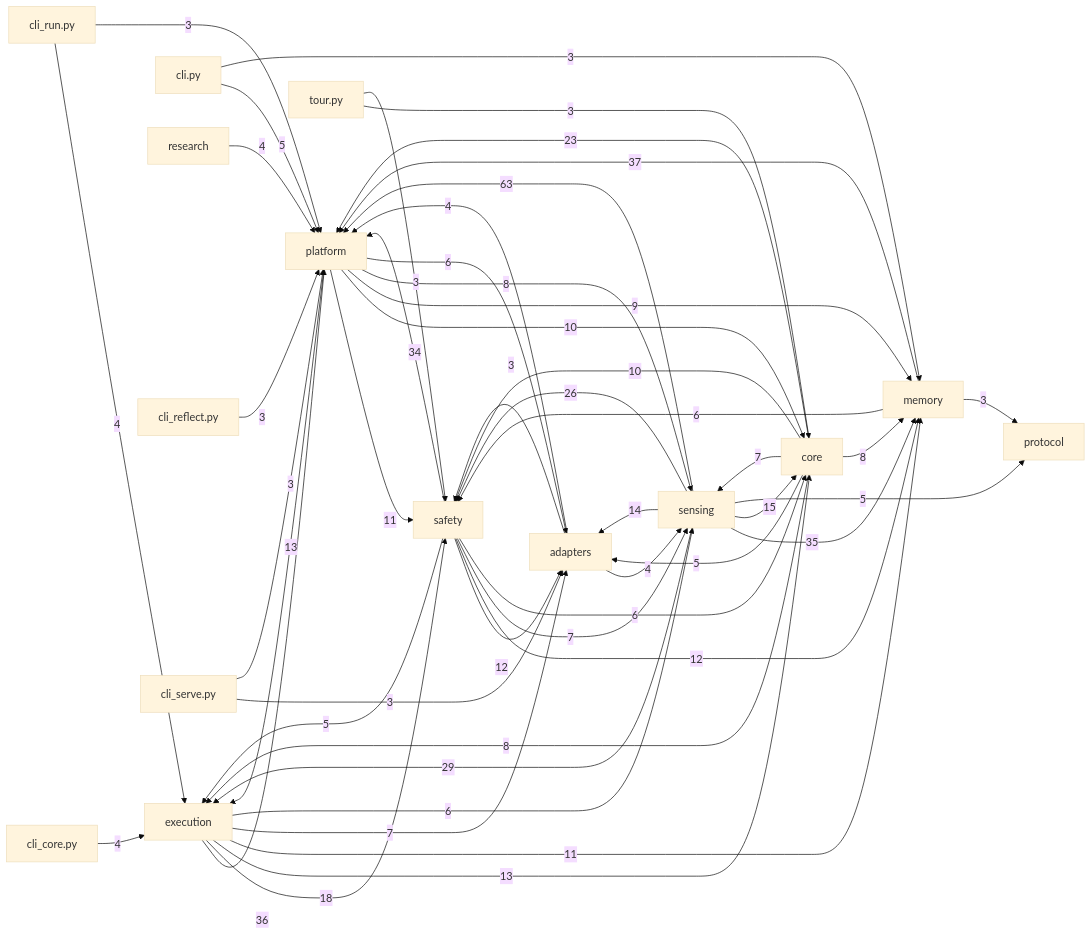
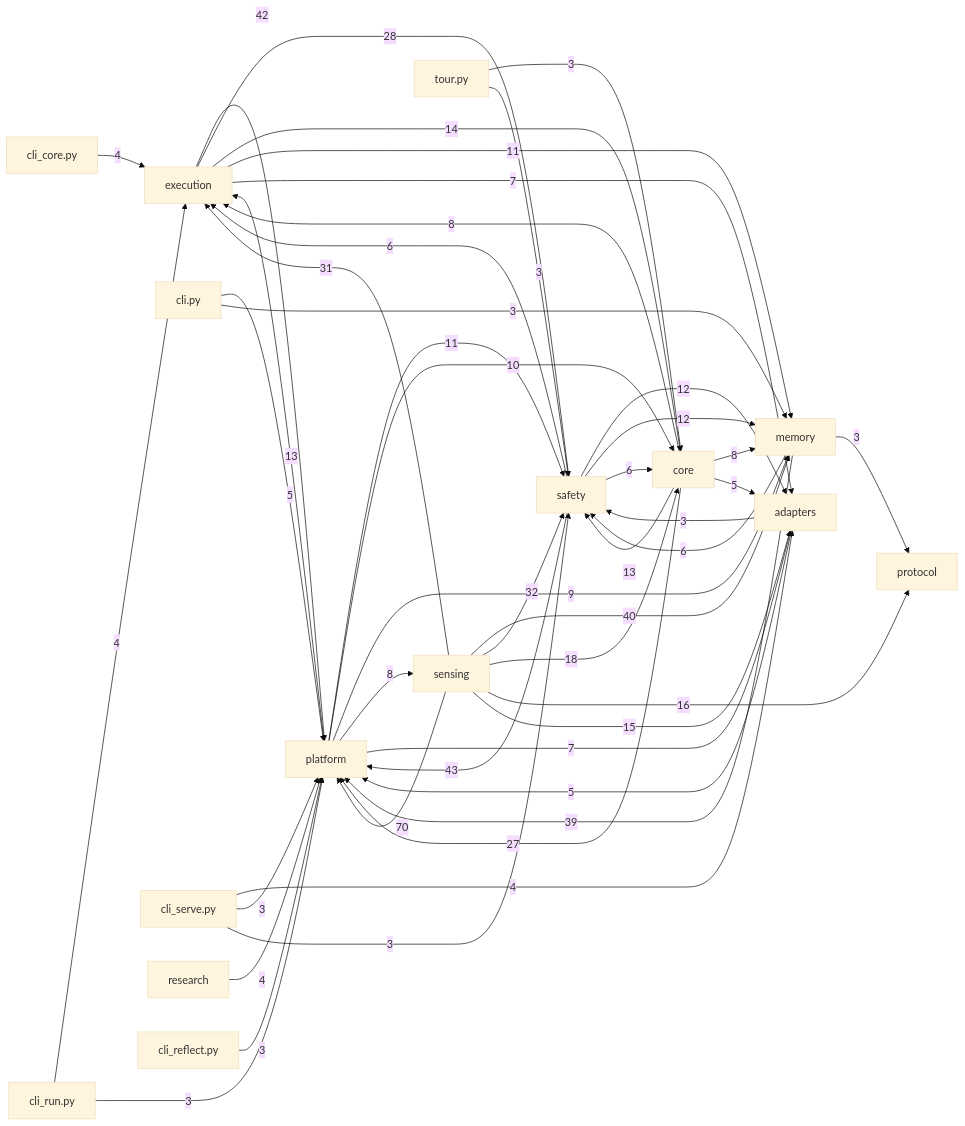
The diagram in docs/auto/20-backend/index.md (dengdenghua/octopus-agent), drawn with Mermaid (base theme) before and after one commit. The commit also changed 949 other files, not shown here.

````diff
--- a/docs/auto/20-backend/index.md
+++ b/docs/auto/20-backend/index.md
@@ -19,58 +19,55 @@
 ```mermaid
 graph LR
   execution[execution]
   core[core]
   safety[safety]
   memory[memory]
   sensing[sensing]
   adapters[adapters]
   platform[platform]
-  sensing -- 63 --> platform
-  memory -- 37 --> platform
-  execution -- 36 --> platform
-  sensing -- 35 --> memory
-  safety -- 34 --> platform
-  sensing -- 29 --> execution
-  sensing -- 26 --> safety
-  core -- 23 --> platform
-  execution -- 18 --> safety
-  sensing -- 15 --> core
-  sensing -- 14 --> adapters
-  execution -- 13 --> core
+  sensing -- 70 --> platform
+  safety -- 43 --> platform
+  execution -- 42 --> platform
+  sensing -- 40 --> memory
+  memory -- 39 --> platform
+  sensing -- 32 --> safety
+  sensing -- 31 --> execution
+  execution -- 28 --> safety
+  core -- 27 --> platform
+  sensing -- 18 --> core
+  sensing -- 16 --> protocol
+  sensing -- 15 --> adapters
+  execution -- 14 --> core
+  core -- 13 --> safety
   platform -- 13 --> execution
   safety -- 12 --> adapters
   safety -- 12 --> memory
   execution -- 11 --> memory
   platform -- 11 --> safety
-  core -- 10 --> safety
   platform -- 10 --> core
   platform -- 9 --> memory
   core -- 8 --> execution
   core -- 8 --> memory
   platform -- 8 --> sensing
-  core -- 7 --> sensing
   execution -- 7 --> adapters
-  safety -- 7 --> sensing
-  execution -- 6 --> sensing
+  platform -- 7 --> adapters
   memory -- 6 --> safety
-  platform -- 6 --> adapters
   safety -- 6 --> core
+  safety -- 6 --> execution
+  adapters -- 5 --> platform
   cli.py -- 5 --> platform
   core -- 5 --> adapters
-  safety -- 5 --> execution
-  sensing -- 5 --> protocol
-  adapters -- 4 --> platform
-  adapters -- 4 --> sensing
   cli_core.py -- 4 --> execution
   cli_run.py -- 4 --> execution
+  cli_serve.py -- 4 --> adapters
   research -- 4 --> platform
   adapters -- 3 --> safety
   cli.py -- 3 --> memory
   cli_reflect.py -- 3 --> platform
   cli_run.py -- 3 --> platform
-  cli_serve.py -- 3 --> adapters
   cli_serve.py -- 3 --> platform
+  cli_serve.py -- 3 --> safety
   memory -- 3 --> protocol
   tour.py -- 3 --> core
   tour.py -- 3 --> safety
 ```
````
